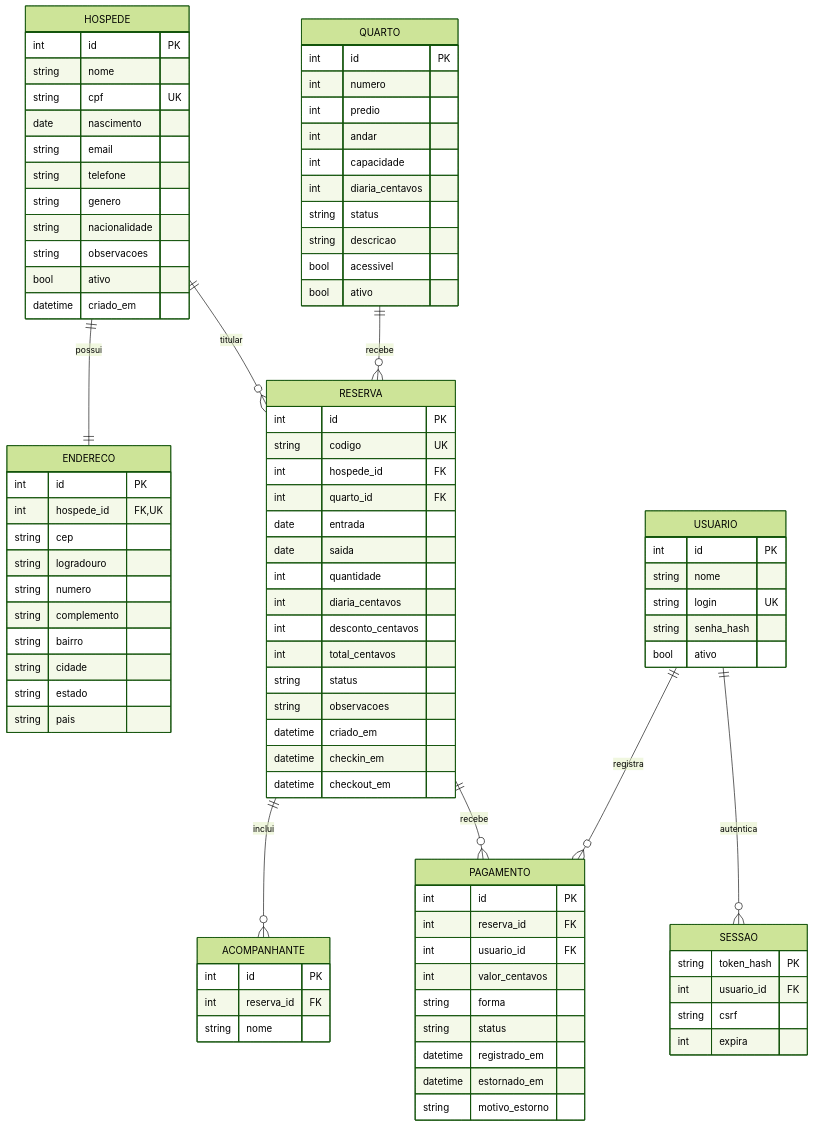
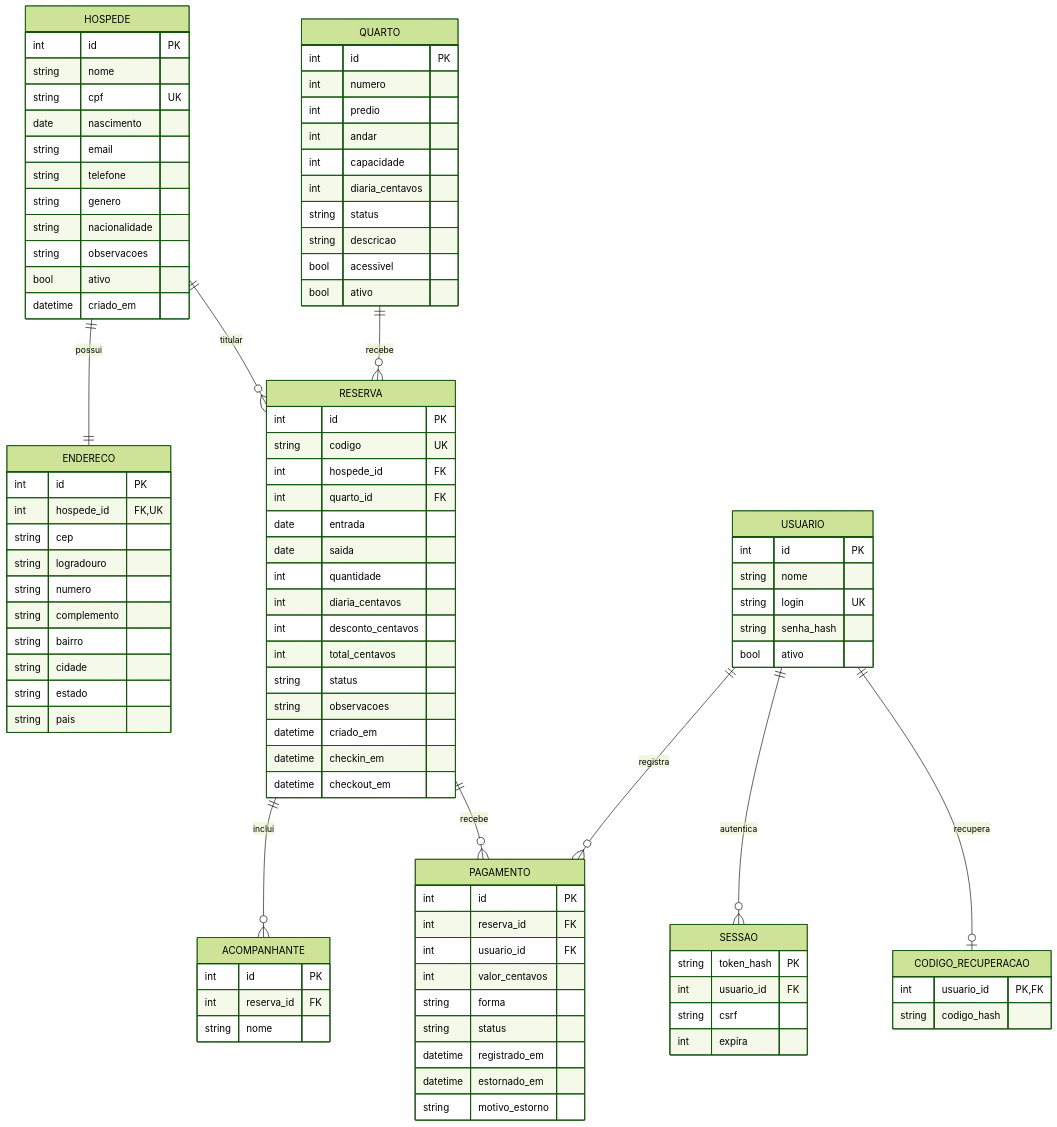
Before and after one commit to Jonathas-Ramos/Projeto-Pousada: the first of 5 diagrams in docs/DIAGRAMAS.md, drawn with Mermaid (forest theme). The commit also changed other lines of this file and 19 other files, not shown here.

````diff
--- a/docs/DIAGRAMAS.md
+++ b/docs/DIAGRAMAS.md
@@ -11,6 +11,7 @@
     RESERVA ||--o{ PAGAMENTO : recebe
     USUARIO ||--o{ PAGAMENTO : registra
     USUARIO ||--o{ SESSAO : autentica
+    USUARIO ||--o| CODIGO_RECUPERACAO : recupera
     HOSPEDE {
         int id PK
         string nome
@@ -94,4 +95,8 @@
         string csrf
         int expira
     }
+    CODIGO_RECUPERACAO {
+        int usuario_id PK,FK
+        string codigo_hash
+    }
 ```
````
